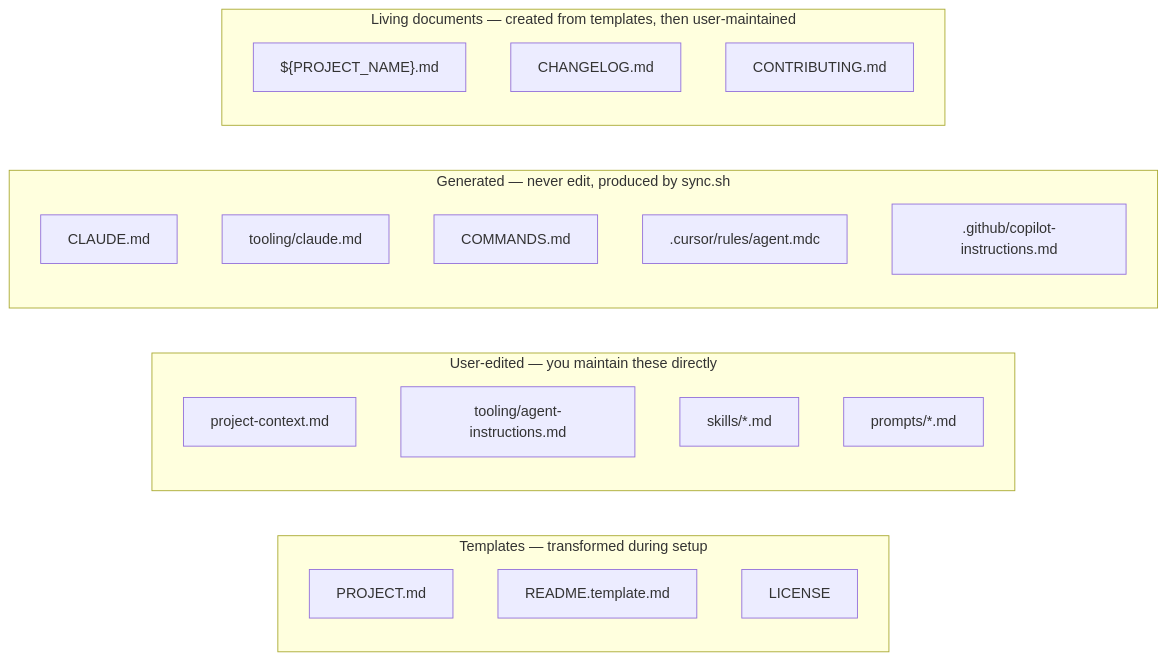
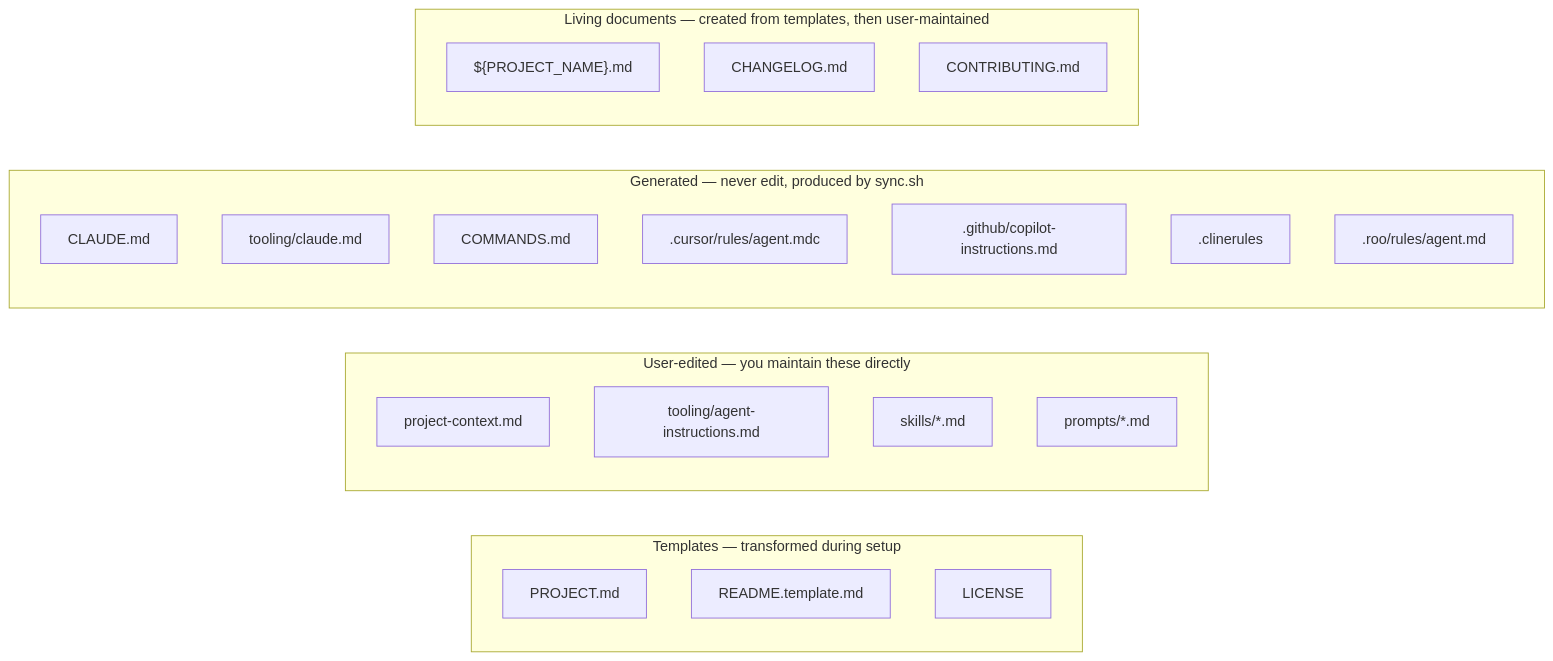
Before and after one commit to joselvelez/project_scaffold: the first of 3 diagrams in README.md, drawn with Mermaid. The commit also changed other lines of this file and 8 other files, not shown here.

````diff
--- a/README.md
+++ b/README.md
@@ -64,29 +68,31 @@
 ```mermaid
 graph LR
     subgraph Templates["Templates — transformed during setup"]
         PROJECT.md
         README.template.md
         LICENSE
     end
 
     subgraph UserEdited["User-edited — you maintain these directly"]
         project-context.md
         tooling/agent-instructions.md
         skills/*.md
         prompts/*.md
     end
 
     subgraph Generated["Generated — never edit, produced by sync.sh"]
         CLAUDE.md
         tooling/claude.md
         COMMANDS.md
         .cursor/rules/agent.mdc
         .github/copilot-instructions.md
+        .clinerules
+        .roo/rules/agent.md
     end
 
     subgraph Living["Living documents — created from templates, then user-maintained"]
         YourProject.md["${PROJECT_NAME}.md"]
         CHANGELOG.md
         CONTRIBUTING.md
     end
 ```
````
